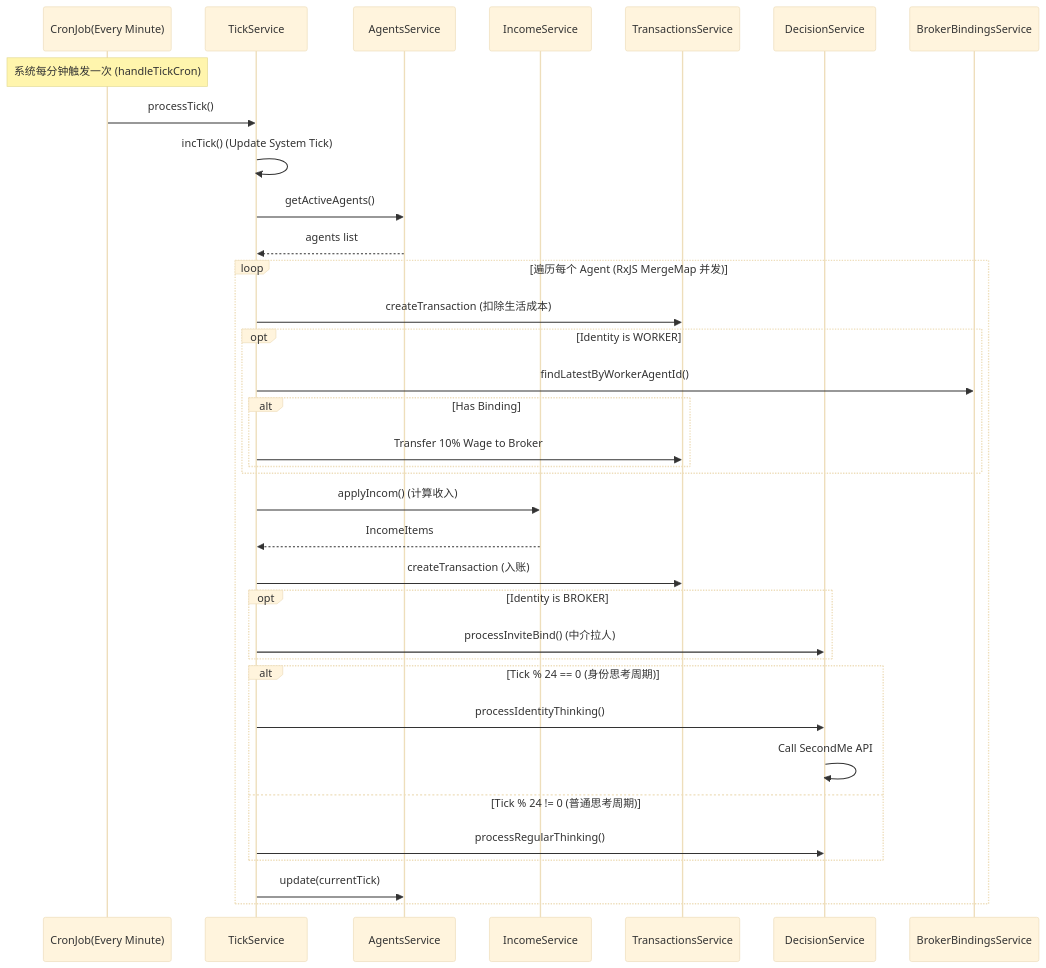
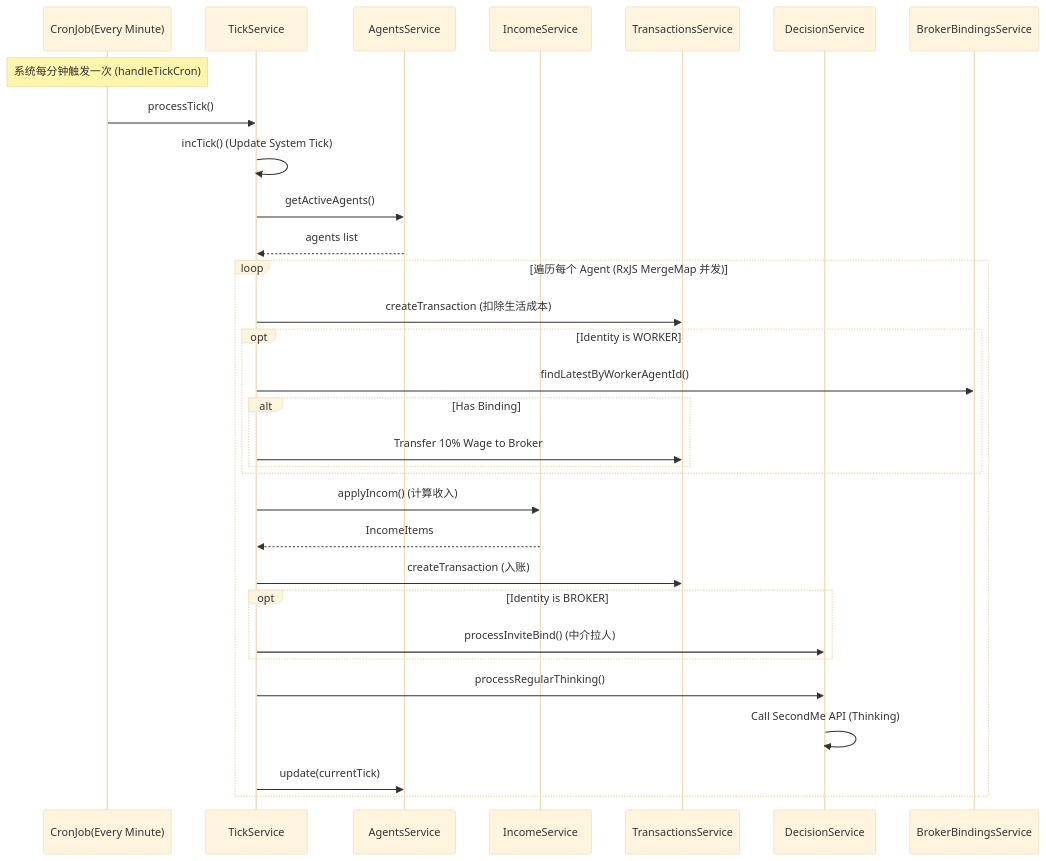
The third of 4 diagrams in .trae/documents/secondme-a2a-simulation-tech.md (Terencesun/hackathon-202602), drawn with Mermaid (base theme) before and after one commit. The commit also changed other lines of this file and 9 other files, not shown here.

````diff
--- a/.trae/documents/secondme-a2a-simulation-tech.md
+++ b/.trae/documents/secondme-a2a-simulation-tech.md
@@ -128,45 +148,41 @@
 ```mermaid
 sequenceDiagram
     participant Cron as CronJob(Every Minute)
     participant TS as TickService
     participant AS as AgentsService
     participant IS as IncomeService
     participant TrS as TransactionsService
     participant DS as DecisionService
     participant BBS as BrokerBindingsService
 
     Note over Cron: 系统每分钟触发一次 (handleTickCron)
 
     Cron->>TS: processTick()
     TS->>TS: incTick() (Update System Tick)
     TS->>AS: getActiveAgents()
     AS-->>TS: agents list
 
     loop 遍历每个 Agent (RxJS MergeMap 并发)
         TS->>TrS: createTransaction (扣除生活成本)
         
         opt Identity is WORKER
             TS->>BBS: findLatestByWorkerAgentId()
             alt Has Binding
                 TS->>TrS: Transfer 10% Wage to Broker
             end
         end
 
         TS->>IS: applyIncom() (计算收入)
         IS-->>TS: IncomeItems
         TS->>TrS: createTransaction (入账)
 
         opt Identity is BROKER
             TS->>DS: processInviteBind() (中介拉人)
         end
 
-        alt Tick % 24 == 0 (身份思考周期)
-            TS->>DS: processIdentityThinking()
-            DS->>DS: Call SecondMe API
-        else Tick % 24 != 0 (普通思考周期)
-            TS->>DS: processRegularThinking()
-        end
+        TS->>DS: processRegularThinking()
+        DS->>DS: Call SecondMe API (Thinking)
         
         TS->>AS: update(currentTick)
     end
 ```
````
